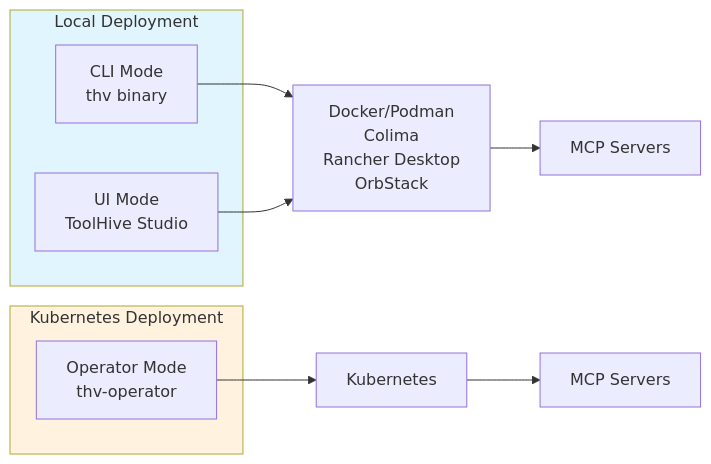
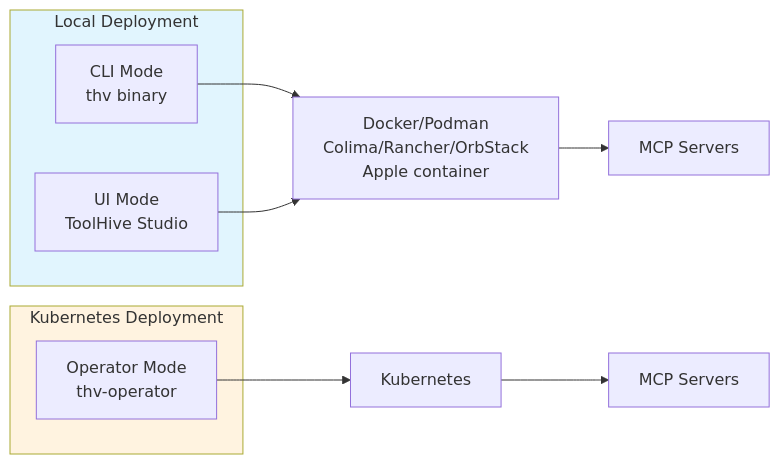
One commit to stacklok/toolhive changed the first of 7 diagrams in docs/arch/01-deployment-modes.md. Above: the diagram before and after it, drawn with Mermaid. The commit also changed other lines of this file and 17 other files, not shown here.

First line of the commit message:
Add Apple container runtime client and isolation

````diff
--- a/docs/arch/01-deployment-modes.md
+++ b/docs/arch/01-deployment-modes.md
@@ -7,21 +7,21 @@
 ```mermaid
 graph LR
     subgraph LocalDeployment[Local Deployment]
         CLI[CLI Mode<br/>thv binary]
         UI[UI Mode<br/>ToolHive Studio]
     end
 
     subgraph KubernetesDeployment[Kubernetes Deployment]
         Operator[Operator Mode<br/>thv-operator]
     end
 
-    CLI --> Docker[Docker/Podman<br/>Colima<br/>Rancher Desktop<br/>OrbStack]
+    CLI --> Docker[Docker/Podman<br/>Colima/Rancher/OrbStack<br/>Apple container]
     UI --> Docker
     Operator --> K8s[Kubernetes]
 
     Docker --> MCP1[MCP Servers]
     K8s --> MCP2[MCP Servers]
 
     style LocalDeployment fill:#e1f5fe
     style KubernetesDeployment fill:#fff3e0
 ```
````
